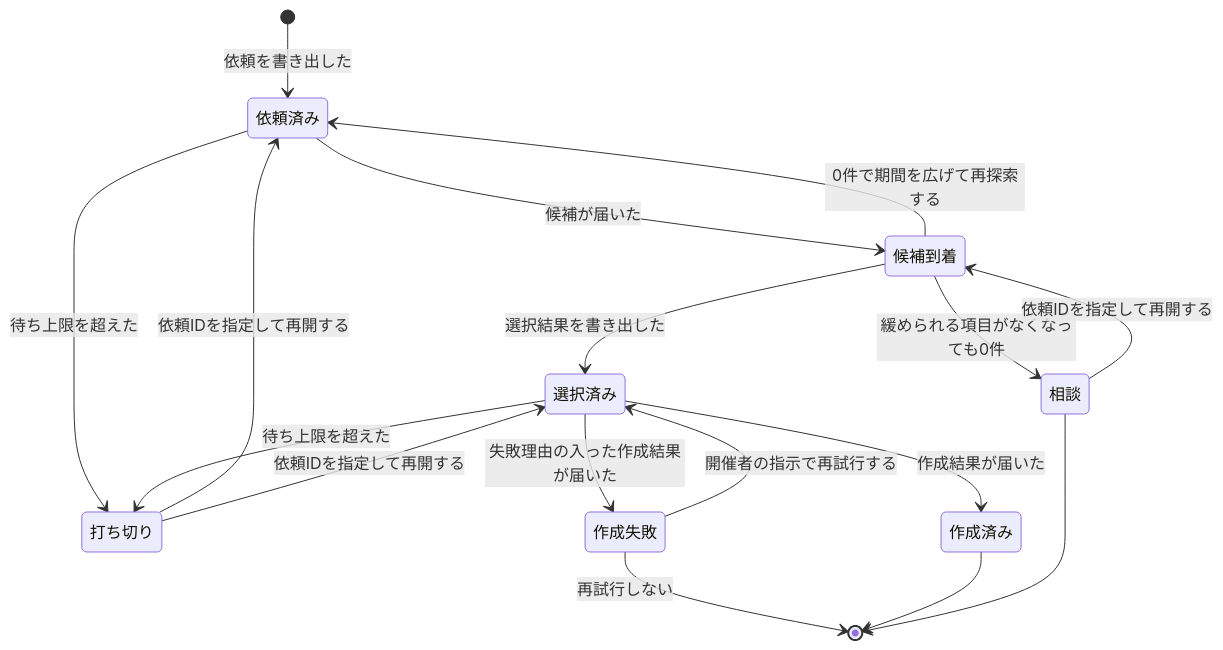
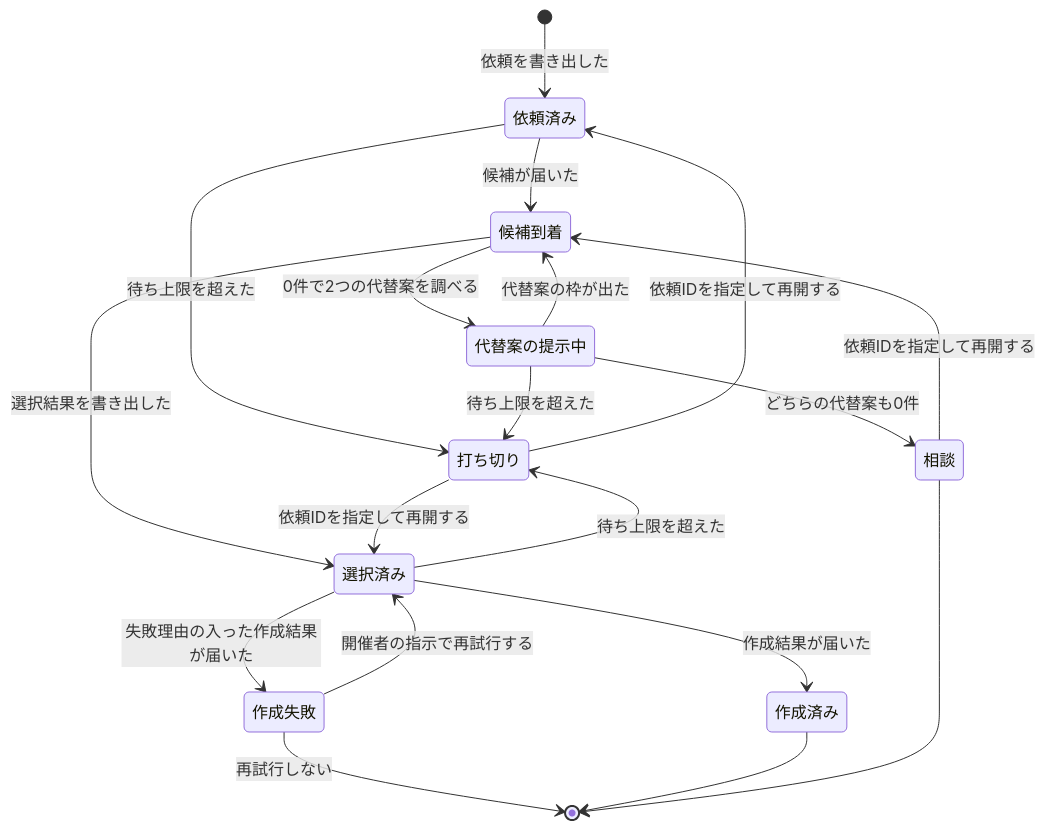
One commit to dnode-ryosuke-yamazaki/study changed the seventh of 7 diagrams in apps/meeting-setup-automation/specs/meeting-scheduling/design.md. Above: the diagram before and after it, drawn with Mermaid. The commit also changed other lines of this file and 3 other files, not shown here.

````diff
--- a/apps/meeting-setup-automation/specs/meeting-scheduling/design.md
+++ b/apps/meeting-setup-automation/specs/meeting-scheduling/design.md
@@ -393,19 +417,21 @@
 ```mermaid
 stateDiagram-v2
     [*] --> 依頼済み: 依頼を書き出した
     依頼済み --> 候補到着: 候補が届いた
     依頼済み --> 打ち切り: 待ち上限を超えた
-    候補到着 --> 依頼済み: 0件で期間を広げて再探索する
-    候補到着 --> 相談: 緩められる項目がなくなっても0件
+    候補到着 --> 代替案の提示中: 0件で2つの代替案を調べる
+    代替案の提示中 --> 候補到着: 代替案の枠が出た
+    代替案の提示中 --> 相談: どちらの代替案も0件
+    代替案の提示中 --> 打ち切り: 待ち上限を超えた
     候補到着 --> 選択済み: 選択結果を書き出した
     選択済み --> 作成済み: 作成結果が届いた
     選択済み --> 作成失敗: 失敗理由の入った作成結果が届いた
     選択済み --> 打ち切り: 待ち上限を超えた
     作成失敗 --> 選択済み: 開催者の指示で再試行する
     作成失敗 --> [*]: 再試行しない
     相談 --> 候補到着: 依頼IDを指定して再開する
     打ち切り --> 依頼済み: 依頼IDを指定して再開する
     打ち切り --> 選択済み: 依頼IDを指定して再開する
     作成済み --> [*]
     相談 --> [*]
 ```
````
